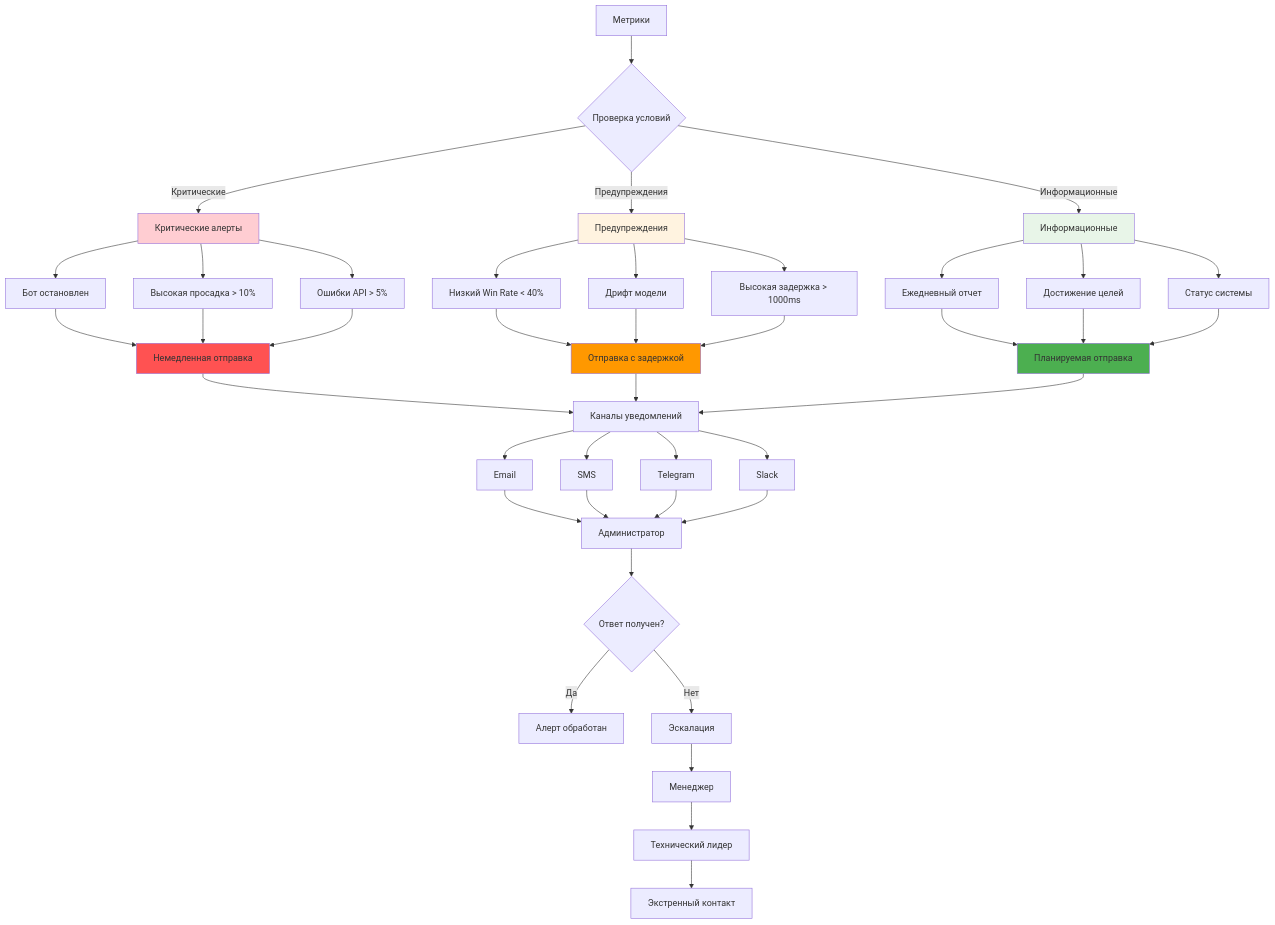
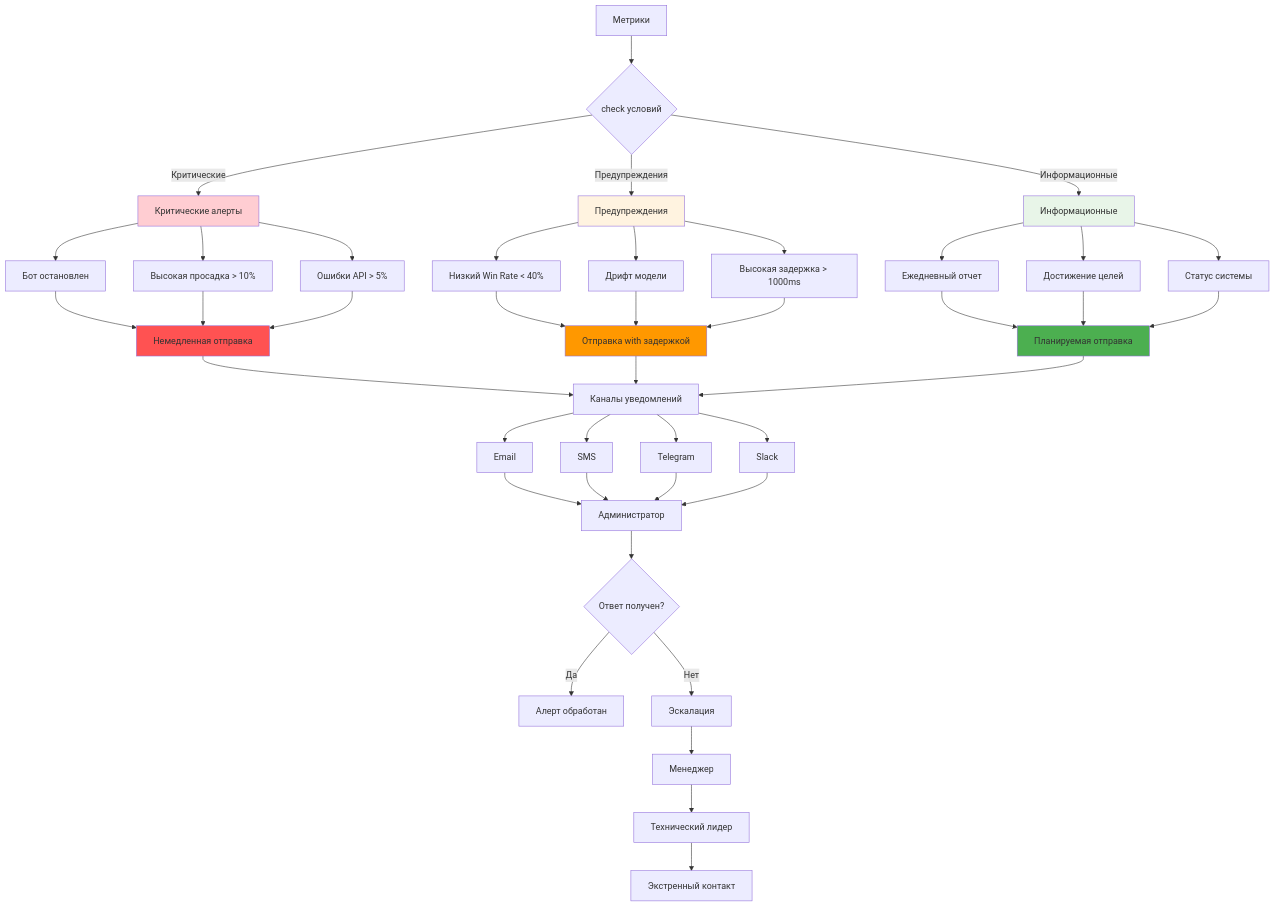
The third of 8 diagrams in docs/automl/gluon/27_trading_bot_monitoring.md (NeoZorK/neozork-hld-prediction), drawn with Mermaid before and after one commit. The commit also changed other lines of this file and 19 other files, not shown here.

````diff
--- a/docs/automl/gluon/27_trading_bot_monitoring.md
+++ b/docs/automl/gluon/27_trading_bot_monitoring.md
@@ -685,59 +685,59 @@
 ```mermaid
 graph TD
-    A[Метрики] --> B{Проверка условий}
-    
-    B -->|Критические| C[Критические алерты]
-    B -->|Предупреждения| D[Предупреждения]
-    B -->|Информационные| E[Информационные]
-    
-    C --> C1[Бот остановлен]
-    C --> C2[Высокая просадка > 10%]
-    C --> C3[Ошибки API > 5%]
-    
-    D --> D1[Низкий Win Rate < 40%]
-    D --> D2[Дрифт модели]
-    D --> D3[Высокая задержка > 1000ms]
-    
-    E --> E1[Ежедневный отчет]
-    E --> E2[Достижение целей]
-    E --> E3[Статус системы]
-    
-    C1 --> F[Немедленная отправка]
-    C2 --> F
-    C3 --> F
-    D1 --> G[Отправка с задержкой]
-    D2 --> G
-    D3 --> G
-    E1 --> H[Планируемая отправка]
-    E2 --> H
-    E3 --> H
-    
-    F --> I[Каналы уведомлений]
-    G --> I
-    H --> I
-    
-    I --> J[Email]
-    I --> K[SMS]
-    I --> L[Telegram]
-    I --> M[Slack]
-    
-    J --> N[Администратор]
-    K --> N
-    L --> N
-    M --> N
-    
-    N --> O{Ответ получен?}
-    O -->|Да| P[Алерт обработан]
-    O -->|Нет| Q[Эскалация]
-    
-    Q --> R[Менеджер]
-    R --> S[Технический лидер]
-    S --> T[Экстренный контакт]
-    
-    style C fill:#ffcdd2
-    style D fill:#fff3e0
-    style E fill:#e8f5e8
-    style F fill:#ff5252
-    style G fill:#ff9800
-    style H fill:#4caf50
+ A[Метрики] --> B{check условий}
+
+ B -->|Критические| C[Критические алерты]
+ B -->|Предупреждения| D[Предупреждения]
+ B -->|Информационные| E[Информационные]
+
+ C --> C1[Бот остановлен]
+ C --> C2[Высокая просадка > 10%]
+ C --> C3[Ошибки API > 5%]
+
+ D --> D1[Низкий Win Rate < 40%]
+ D --> D2[Дрифт модели]
+ D --> D3[Высокая задержка > 1000ms]
+
+ E --> E1[Ежедневный отчет]
+ E --> E2[Достижение целей]
+ E --> E3[Статус системы]
+
+ C1 --> F[Немедленная отправка]
+ C2 --> F
+ C3 --> F
+ D1 --> G[Отправка with задержкой]
+ D2 --> G
+ D3 --> G
+ E1 --> H[Планируемая отправка]
+ E2 --> H
+ E3 --> H
+
+ F --> I[Каналы уведомлений]
+ G --> I
+ H --> I
+
+ I --> J[Email]
+ I --> K[SMS]
+ I --> L[Telegram]
+ I --> M[Slack]
+
+ J --> N[Администратор]
+ K --> N
+ L --> N
+ M --> N
+
+ N --> O{Ответ получен?}
+ O -->|Да| P[Алерт обработан]
+ O -->|Нет| Q[Эскалация]
+
+ Q --> R[Менеджер]
+ R --> S[Технический лидер]
+ S --> T[Экстренный контакт]
+
+ style C fill:#ffcdd2
+ style D fill:#fff3e0
+ style E fill:#e8f5e8
+ style F fill:#ff5252
+ style G fill:#ff9800
+ style H fill:#4caf50
 ```
````
